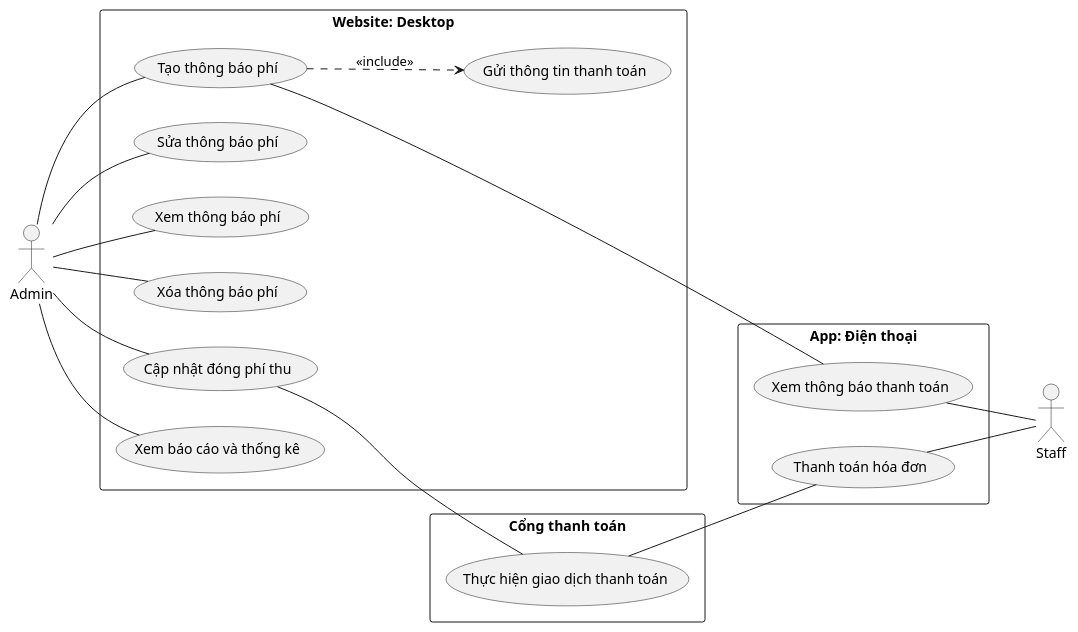
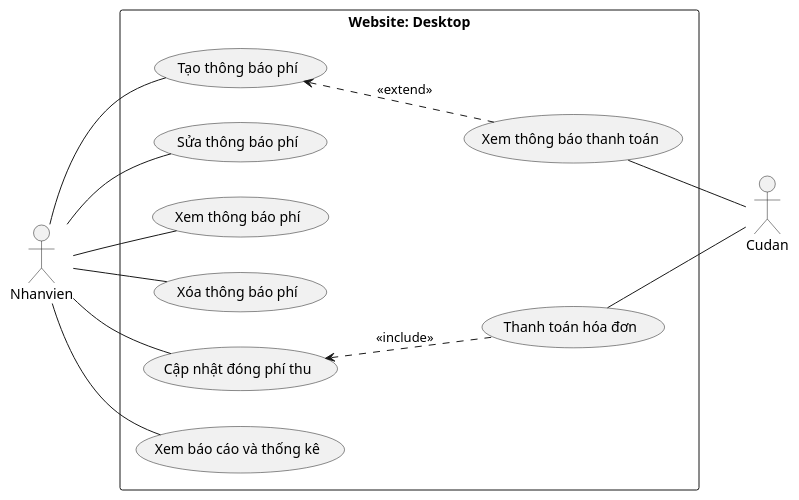
Before and after one commit to QuickyBooster/SE357-Pratice-class: the diagram in Lab1/Lab1.2/Usecase/Quản lý thu phí.plantuml, drawn with PlantUML. The commit also changed 2 other files, not shown here.

```diff
--- a/Lab1/Lab1.2/Usecase/Quản lý thu phí.plantuml
+++ b/Lab1/Lab1.2/Usecase/Quản lý thu phí.plantuml
@@ -1,37 +1,30 @@
 @startuml
 left to right direction
 
-actor Admin as C
-actor Staff as S
+actor Nhanvien as C
+actor Cudan as S
 rectangle "Website: Desktop" {
   usecase (Tạo thông báo phí) as UC1
-      (UC1)..>(Gửi thông tin thanh toán):<<include>>
   usecase (Sửa thông báo phí) as UC2
   usecase (Xem thông báo phí) as UC3
     usecase (Xóa thông báo phí) as UC4
   usecase (Cập nhật đóng phí thu) as UC5
     usecase (Xem báo cáo và thống kê) as UC6
-  
-}
-rectangle "Cổng thanh toán" {
-  usecase (Thực hiện giao dịch thanh toán) as UC7
-}
-rectangle "App: Điện thoại" {
+
   usecase "Xem thông báo thanh toán" as UC8
   usecase "Thanh toán hóa đơn" as UC9
 }
 
 C -- UC1
 C -- UC2
 C -- UC3
 C -- UC4
 C -- UC5
 C -- UC6
 UC8 -- S
 UC9 -- S
-UC1 -- UC8
-UC5 -- UC7
-UC7 -- UC9
+UC1 <.. UC8 :<<extend>>
+UC5  <.. UC9 :<<include>>
 
 
 @enduml
```
